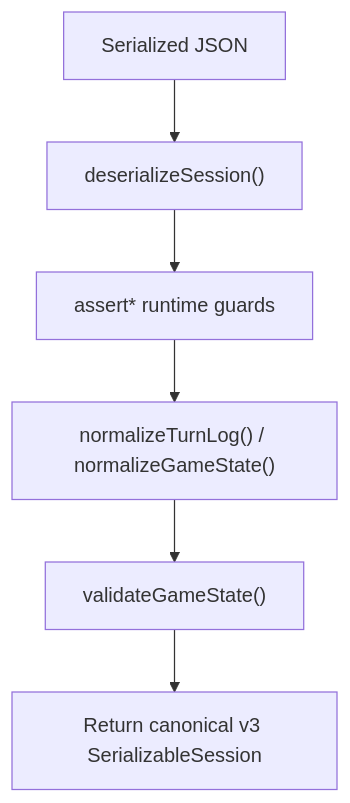
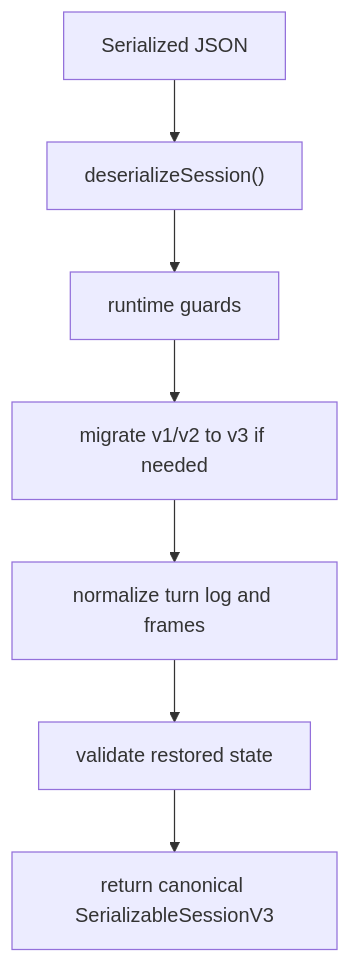
One commit to kstroevsky/you-and-i changed the fourth of 5 diagrams in src/domain/README.md. Above: the diagram before and after it, drawn with Mermaid. The commit also changed other lines of this file and 33 other files, not shown here.

````diff
--- a/src/domain/README.md
+++ b/src/domain/README.md
@@ -345,8 +438,9 @@
 ```mermaid
 flowchart TD
   A["Serialized JSON"] --> B["deserializeSession()"]
-  B --> C["assert* runtime guards"]
-  C --> D["normalizeTurnLog() / normalizeGameState()"]
-  D --> E["validateGameState()"]
-  E --> F["Return canonical v3 SerializableSession"]
+  B --> C["runtime guards"]
+  C --> D["migrate v1/v2 to v3 if needed"]
+  D --> E["normalize turn log and frames"]
+  E --> F["validate restored state"]
+  F --> G["return canonical SerializableSessionV3"]
 ```
````
